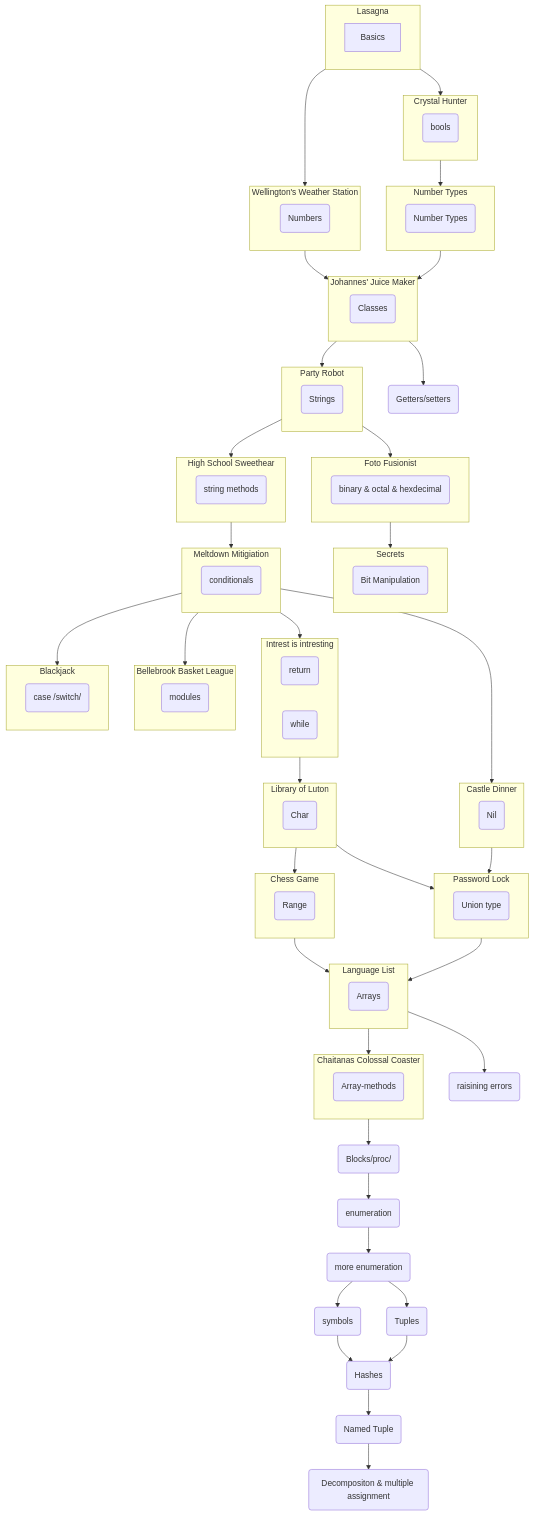
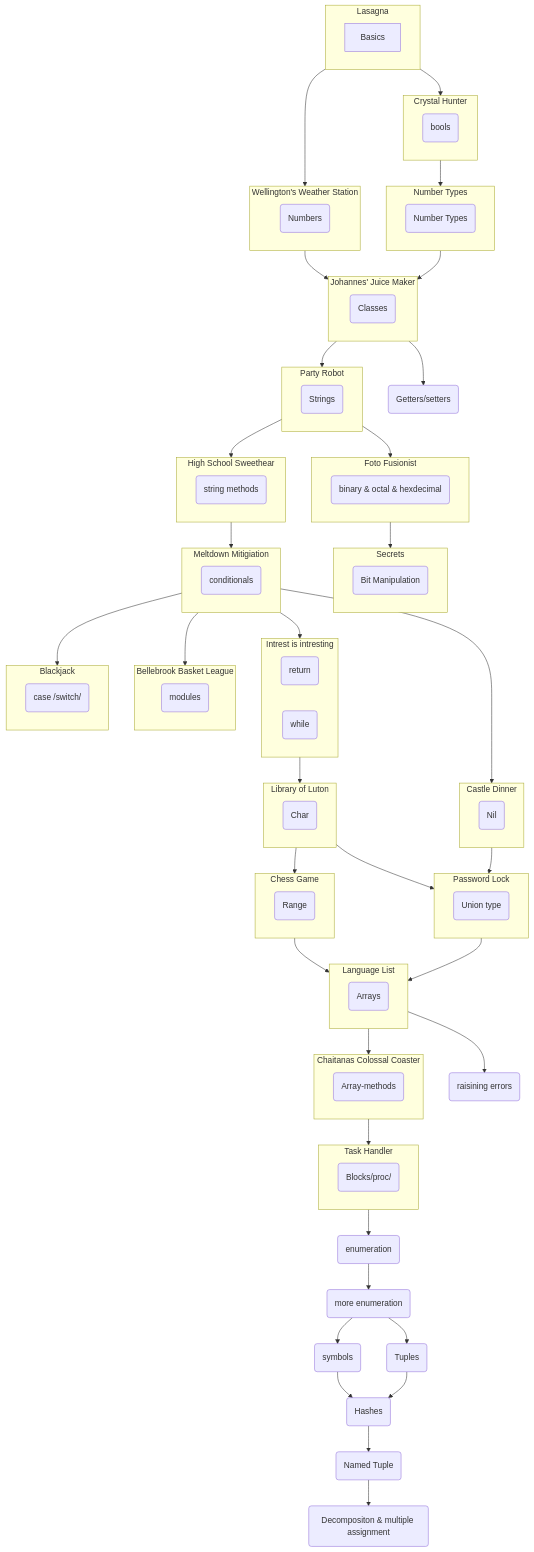
Before and after one commit to meatball133/crystal: the diagram in misc/concept_tree.md, drawn with Mermaid.

Commit message:
Add block and procs

```diff
--- a/misc/concept_tree.md
+++ b/misc/concept_tree.md
@@ -89,6 +89,10 @@
         r(Array-methods)
     end
 
+    subgraph U [Task Handler]
+        s(Blocks/proc/)
+    end
+
     A --> B
     A --> C
     B --> J
@@ -110,10 +114,13 @@
     Q --> R
     F --> S
     S --> T
+    R --> U
+    U --> t
+
+
 
     m(Getters/setters)
     p(raisining errors)
-    s(Blocks/proc/)
     t(enumeration)
     u(more enumeration)
     x(symbols)
@@ -123,8 +130,6 @@
     ab(Decompositon & multiple assignment)
 
     Q --> p
-    R --> s
-    s --> t
     t --> u
     u --> y
     u --> x
```
